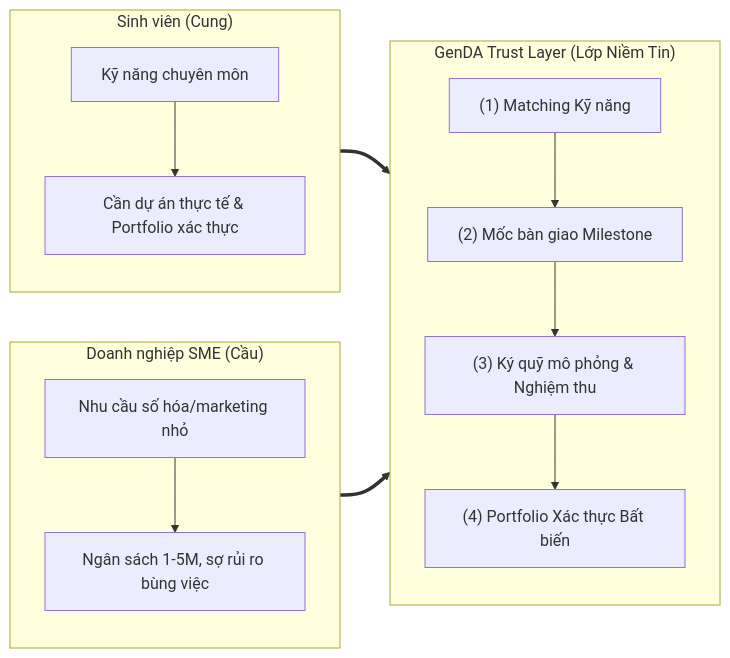
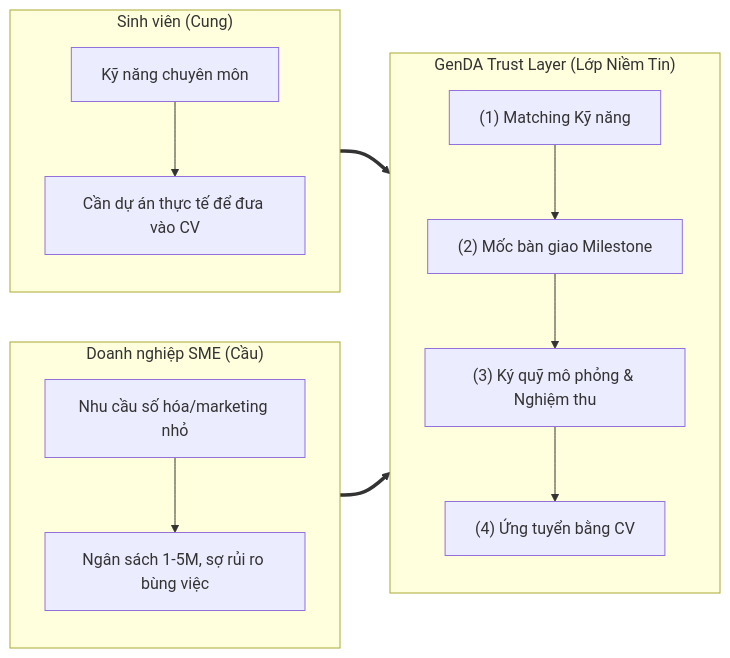
Before and after one commit to KidCute1412/GenDA: the first of 3 diagrams in docs/design.md, drawn with Mermaid. The commit also changed other lines of this file and 41 other files, not shown here.

````diff
--- a/docs/design.md
+++ b/docs/design.md
@@ -23,16 +23,16 @@
 ```mermaid
 graph LR
     subgraph Supply["Sinh viên (Cung)"]
-        S1["Kỹ năng chuyên môn"] --> S2["Cần dự án thực tế & Portfolio xác thực"]
+        S1["Kỹ năng chuyên môn"] --> S2["Cần dự án thực tế để đưa vào CV"]
     end
     subgraph TrustLayer["GenDA Trust Layer (Lớp Niềm Tin)"]
         T1["(1) Matching Kỹ năng"] --> T2["(2) Mốc bàn giao Milestone"]
         T2 --> T3["(3) Ký quỹ mô phỏng & Nghiệm thu"]
-        T3 --> T4["(4) Portfolio Xác thực Bất biến"]
+        T3 --> T4["(4) Ứng tuyển bằng CV"]
     end
     subgraph Demand["Doanh nghiệp SME (Cầu)"]
         D1["Nhu cầu số hóa/marketing nhỏ"] --> D2["Ngân sách 1-5M, sợ rủi ro bùng việc"]
     end
     Supply ==> TrustLayer
     Demand ==> TrustLayer
 ```
````
